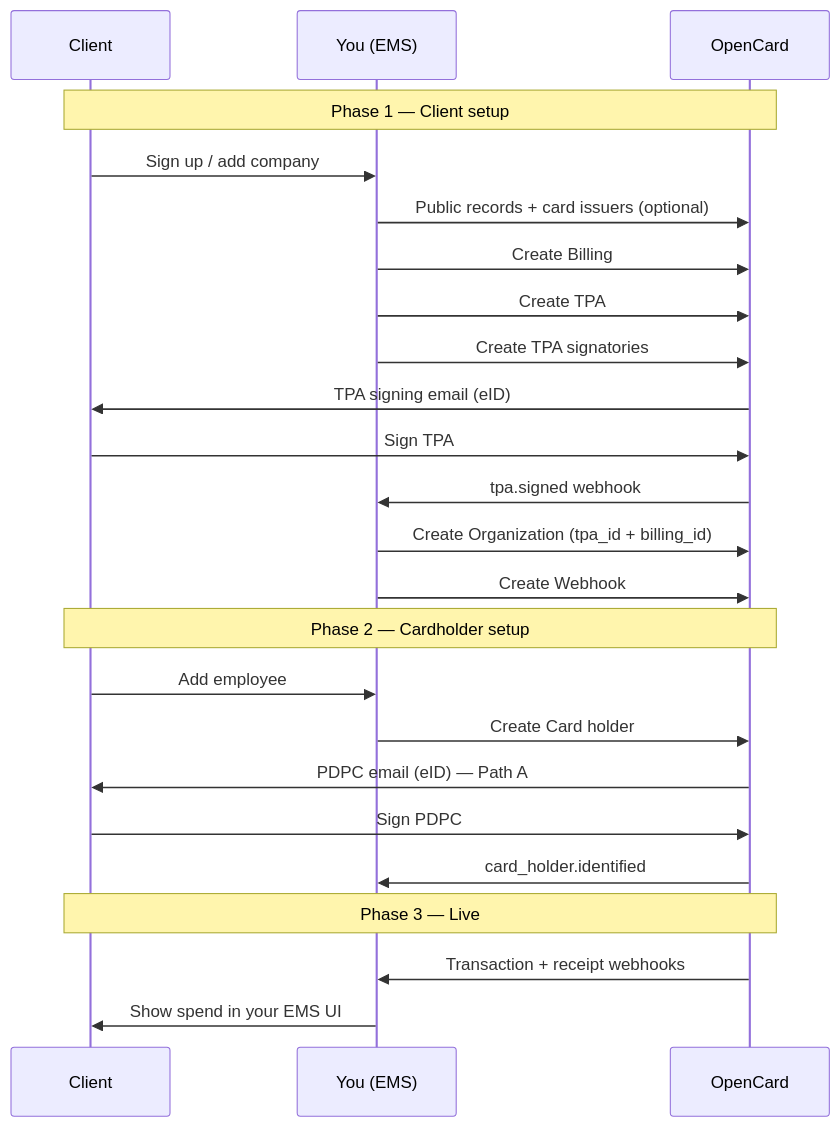
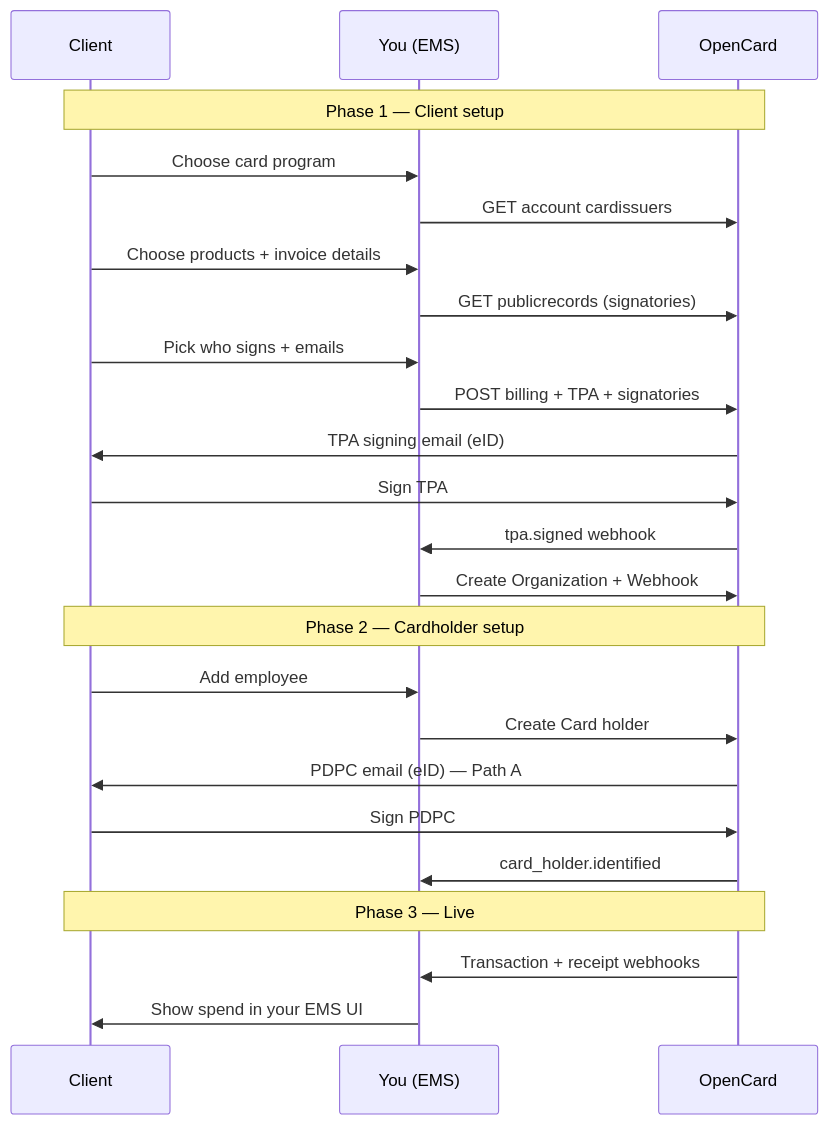
The first of 2 diagrams in ems/customer-onboarding.mdx (marc-opencard/developers.opencard.io), drawn with Mermaid before and after one commit. The commit also changed other lines of this file and 3 other files, not shown here.

First line of the commit message:
Align client onboarding with ocTPA wizard product flow.

````diff
--- a/ems/customer-onboarding.mdx
+++ b/ems/customer-onboarding.mdx
@@ -24,29 +24,29 @@
 ```mermaid
 sequenceDiagram
     participant Client as Client
     participant You as You (EMS)
     participant OC as OpenCard
 
     Note over Client,OC: Phase 1 — Client setup
-    Client->>You: Sign up / add company
-    You->>OC: Public records + card issuers (optional)
-    You->>OC: Create Billing
-    You->>OC: Create TPA
-    You->>OC: Create TPA signatories
+    Client->>You: Choose card program
+    You->>OC: GET account cardissuers
+    Client->>You: Choose products + invoice details
+    You->>OC: GET publicrecords (signatories)
+    Client->>You: Pick who signs + emails
+    You->>OC: POST billing + TPA + signatories
     OC->>Client: TPA signing email (eID)
     Client->>OC: Sign TPA
     OC->>You: tpa.signed webhook
-    You->>OC: Create Organization (tpa_id + billing_id)
-    You->>OC: Create Webhook
+    You->>OC: Create Organization + Webhook
 
     Note over Client,OC: Phase 2 — Cardholder setup
     Client->>You: Add employee
     You->>OC: Create Card holder
     OC->>Client: PDPC email (eID) — Path A
     Client->>OC: Sign PDPC
     OC->>You: card_holder.identified
 
     Note over Client,OC: Phase 3 — Live
     OC->>You: Transaction + receipt webhooks
     You->>Client: Show spend in your EMS UI
 ```
````
